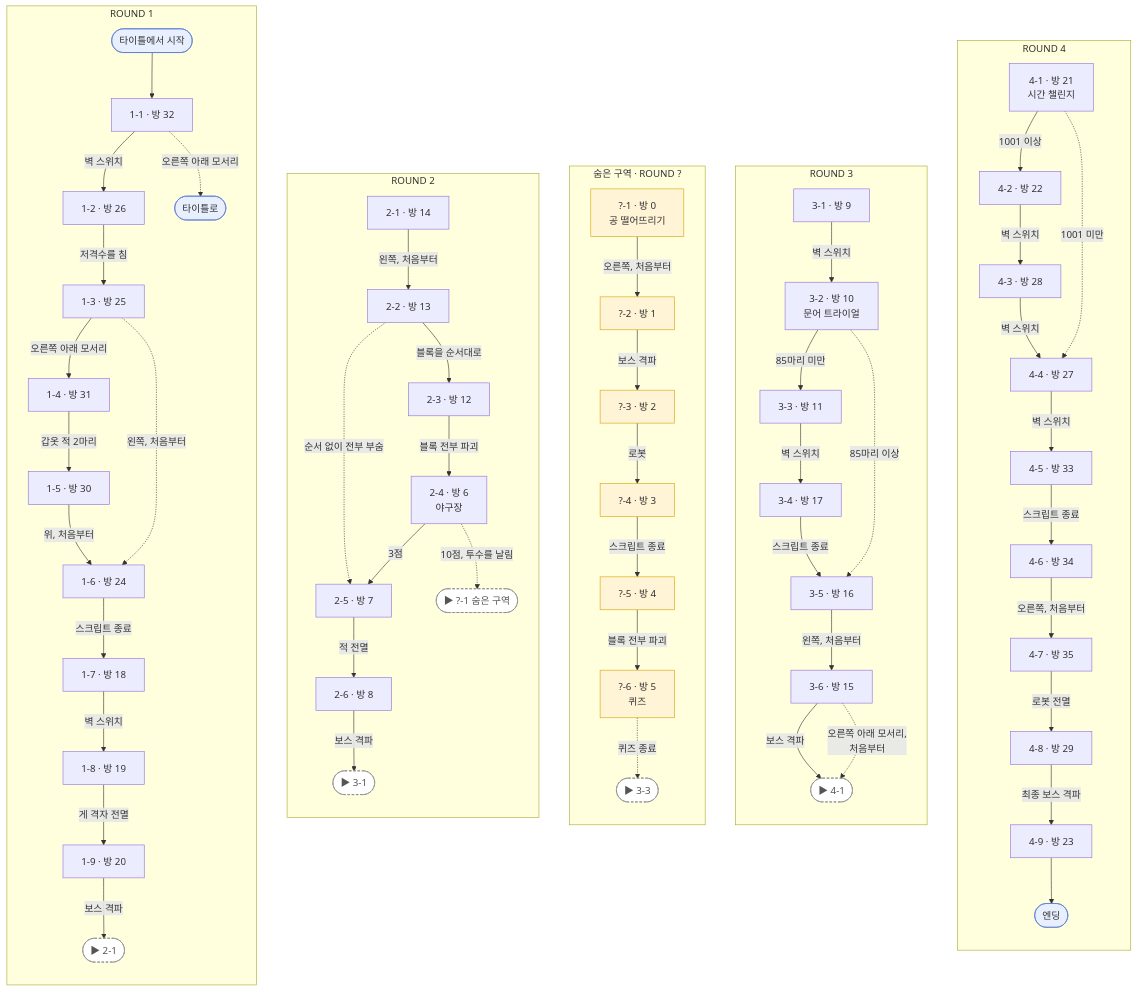
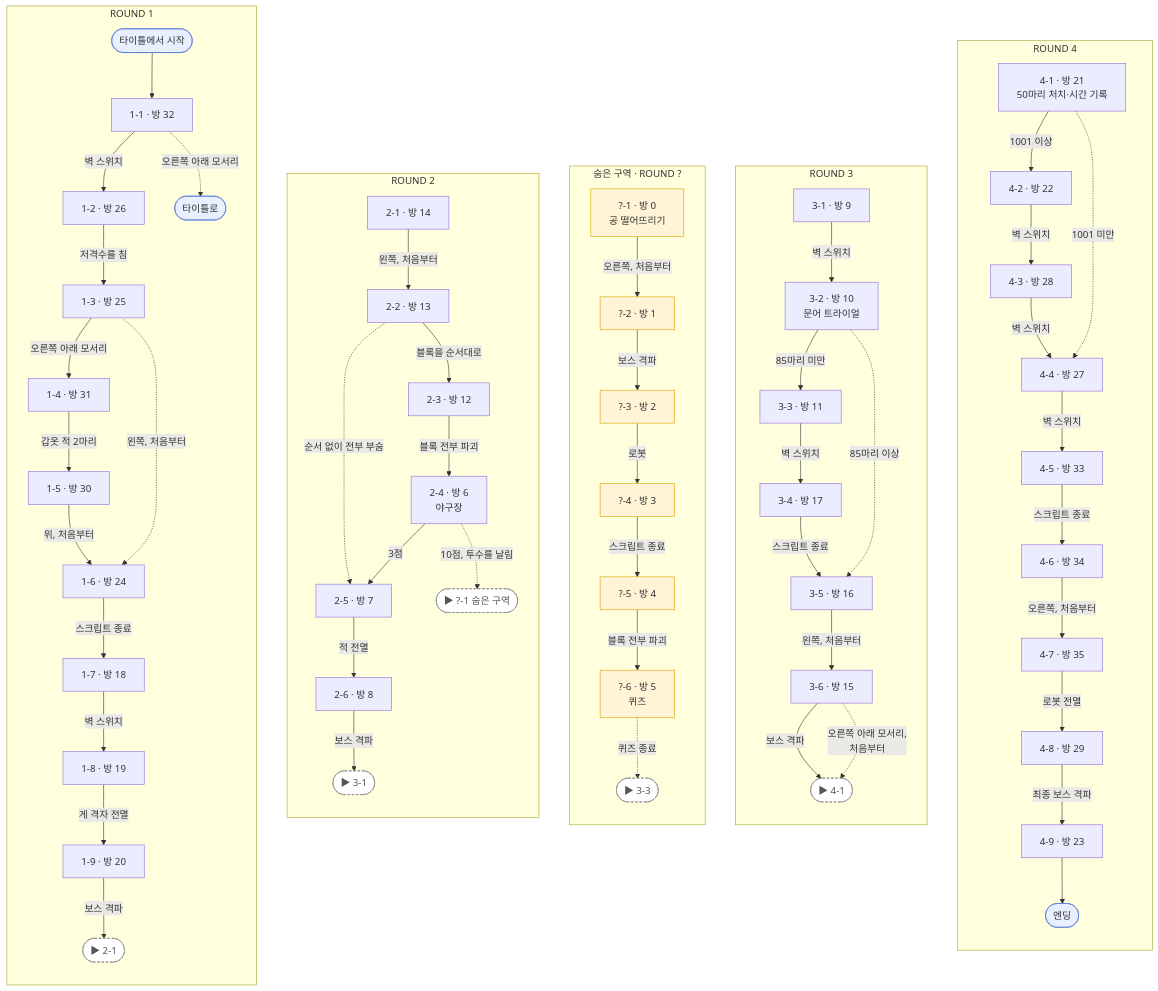
Before and after one commit to flvrdoyster/kaisin: the diagram in NOTES.md, drawn with Mermaid. The commit also changed other lines of this file and 13 other files, not shown here.

````diff
--- a/NOTES.md
+++ b/NOTES.md
@@ -261,74 +263,74 @@
 ```mermaid
 flowchart TB
   subgraph W4["ROUND 4"]
     direction TB
-    R21["4-1 · 방 21<br/>시간 챌린지"] -->|1001 이상| R22["4-2 · 방 22"]
+    R21["4-1 · 방 21<br/>50마리 처치·시간 기록"] -->|1001 이상| R22["4-2 · 방 22"]
     R22 -->|벽 스위치| R28["4-3 · 방 28"]
     R28 -->|벽 스위치| R27["4-4 · 방 27"]
     R21 -.->|1001 미만| R27
     R27 -->|벽 스위치| R33["4-5 · 방 33"]
     R33 -->|스크립트 종료| R34["4-6 · 방 34"]
     R34 -->|오른쪽, 처음부터| R35["4-7 · 방 35"]
     R35 -->|로봇 전멸| R29["4-8 · 방 29"]
     R29 -->|최종 보스 격파| R23["4-9 · 방 23"]
     R23 --> ENDING([엔딩])
   end
 
   subgraph W3["ROUND 3"]
     direction TB
     R9["3-1 · 방 9"] -->|벽 스위치| R10["3-2 · 방 10<br/>문어 트라이얼"]
     R10 -->|85마리 미만| R11["3-3 · 방 11"]
     R11 -->|벽 스위치| R17["3-4 · 방 17"]
     R17 -->|스크립트 종료| R16["3-5 · 방 16"]
     R10 -.->|85마리 이상| R16
     R16 -->|왼쪽, 처음부터| R15["3-6 · 방 15"]
     R15 -->|보스 격파| G4a(["▶ 4-1"])
     R15 -.->|오른쪽 아래 모서리,<br/>처음부터| G4a
   end
 
   subgraph HIDDEN["숨은 구역 · ROUND ?"]
     direction TB
     R0["?-1 · 방 0<br/>공 떨어뜨리기"] -->|오른쪽, 처음부터| R1["?-2 · 방 1"]
     R1 -->|보스 격파| R2["?-3 · 방 2"]
     R2 -->|로봇| R3["?-4 · 방 3"]
     R3 -->|스크립트 종료| R4["?-5 · 방 4"]
     R4 -->|블록 전부 파괴| R5["?-6 · 방 5<br/>퀴즈"]
     R5 -.->|퀴즈 종료| G3b(["▶ 3-3"])
   end
 
   subgraph W2["ROUND 2"]
     direction TB
     R14["2-1 · 방 14"] -->|왼쪽, 처음부터| R13["2-2 · 방 13"]
     R13 -->|블록을 순서대로| R12["2-3 · 방 12"]
     R12 -->|블록 전부 파괴| R6["2-4 · 방 6<br/>야구장"]
     R6 -->|3점| R7["2-5 · 방 7"]
     R13 -.->|순서 없이 전부 부숨| R7
     R6 -.->|10점, 투수를 날림| GHa(["▶ ?-1 숨은 구역"])
     R7 -->|적 전멸| R8["2-6 · 방 8"]
     R8 -->|보스 격파| G3a(["▶ 3-1"])
   end
 
   subgraph W1["ROUND 1"]
     direction TB
     START([타이틀에서 시작]) --> R32
     R32["1-1 · 방 32"] -->|벽 스위치| R26["1-2 · 방 26"]
     R32 -.->|오른쪽 아래 모서리| TITLE([타이틀로])
     R26 -->|저격수를 침| R25["1-3 · 방 25"]
     R25 -->|오른쪽 아래 모서리| R31["1-4 · 방 31"]
     R31 -->|갑옷 적 2마리| R30["1-5 · 방 30"]
     R30 -->|위, 처음부터| R24["1-6 · 방 24"]
     R25 -.->|왼쪽, 처음부터| R24
     R24 -->|스크립트 종료| R18["1-7 · 방 18"]
     R18 -->|벽 스위치| R19["1-8 · 방 19"]
     R19 -->|게 격자 전멸| R20["1-9 · 방 20"]
     R20 -->|보스 격파| G2a(["▶ 2-1"])
   end
 
   classDef hidden fill:#fff4d6,stroke:#d9a400
   classDef term fill:#e8f0ff,stroke:#5b7bd5
   classDef jump fill:#ffffff,stroke:#888,stroke-dasharray:4 3,color:#555
   class R0,R1,R2,R3,R4,R5 hidden
   class START,TITLE,ENDING term
   class G2a,GHa,G3a,G3b,G4a jump
 
 ```
````
